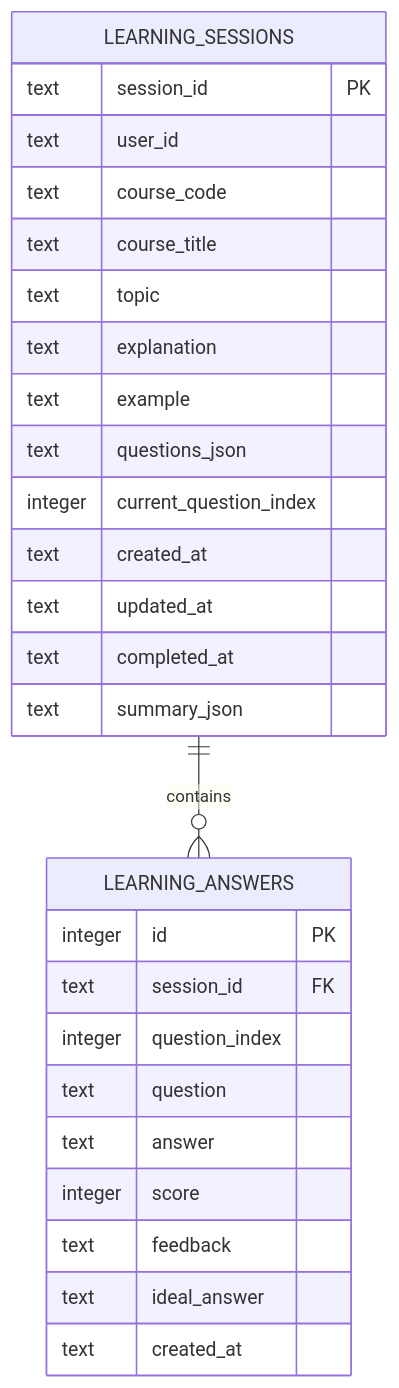
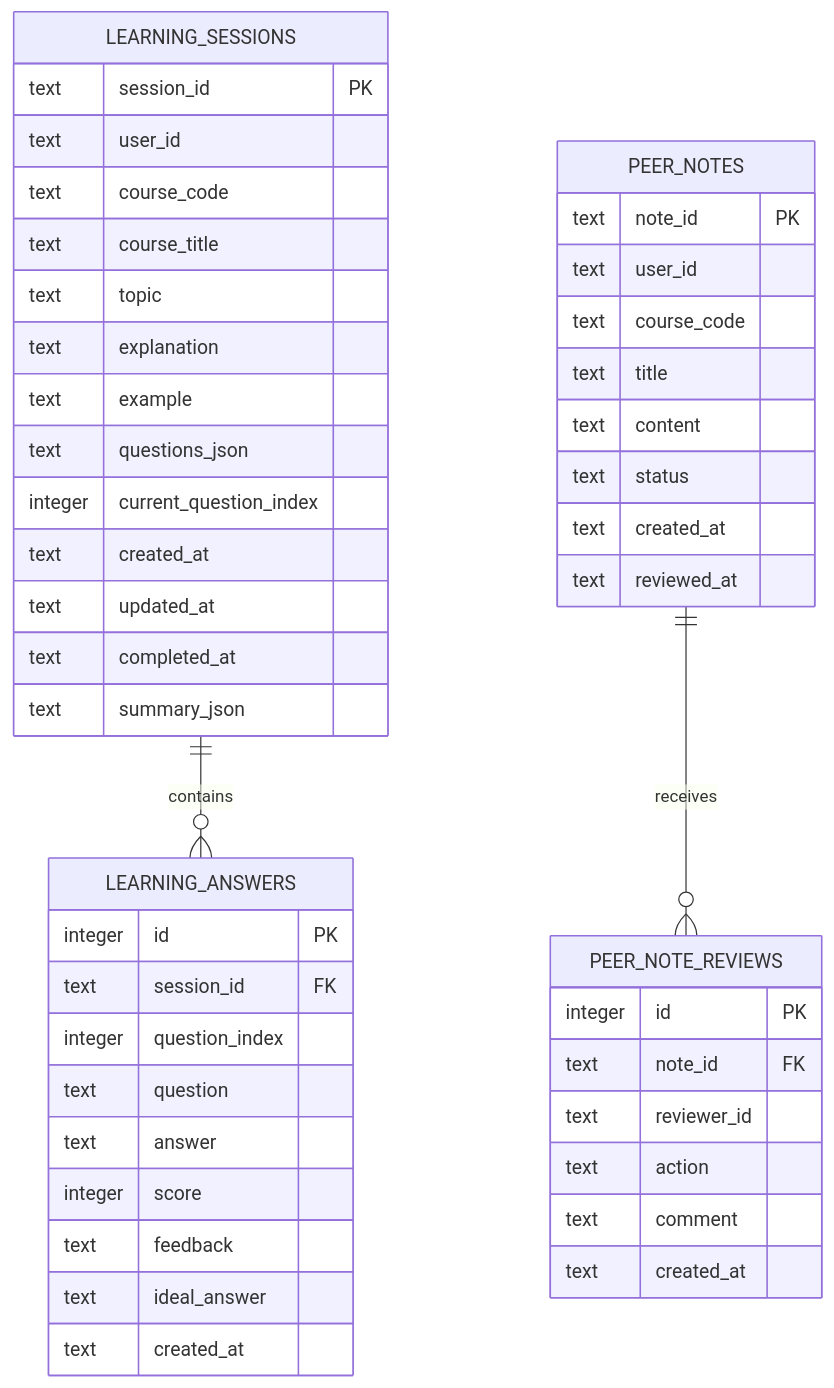
One commit to evieoshomahus-cloud/eve-esui-ai changed the fifth of 5 diagrams in project_docs/chapter_three_draft.md. Above: the diagram before and after it, drawn with Mermaid. The commit also changed other lines of this file and 8 other files, not shown here.

````diff
--- a/project_docs/chapter_three_draft.md
+++ b/project_docs/chapter_three_draft.md
@@ -251,32 +268,53 @@
 ```mermaid
 erDiagram
     LEARNING_SESSIONS ||--o{ LEARNING_ANSWERS : contains
+    PEER_NOTES ||--o{ PEER_NOTE_REVIEWS : receives
 
     LEARNING_SESSIONS {
         text session_id PK
         text user_id
         text course_code
         text course_title
         text topic
         text explanation
         text example
         text questions_json
         integer current_question_index
         text created_at
         text updated_at
         text completed_at
         text summary_json
     }
 
     LEARNING_ANSWERS {
         integer id PK
         text session_id FK
         integer question_index
         text question
         text answer
         integer score
         text feedback
         text ideal_answer
         text created_at
     }
+
+    PEER_NOTES {
+        text note_id PK
+        text user_id
+        text course_code
+        text title
+        text content
+        text status
+        text created_at
+        text reviewed_at
+    }
+
+    PEER_NOTE_REVIEWS {
+        integer id PK
+        text note_id FK
+        text reviewer_id
+        text action
+        text comment
+        text created_at
+    }
 ```
````
